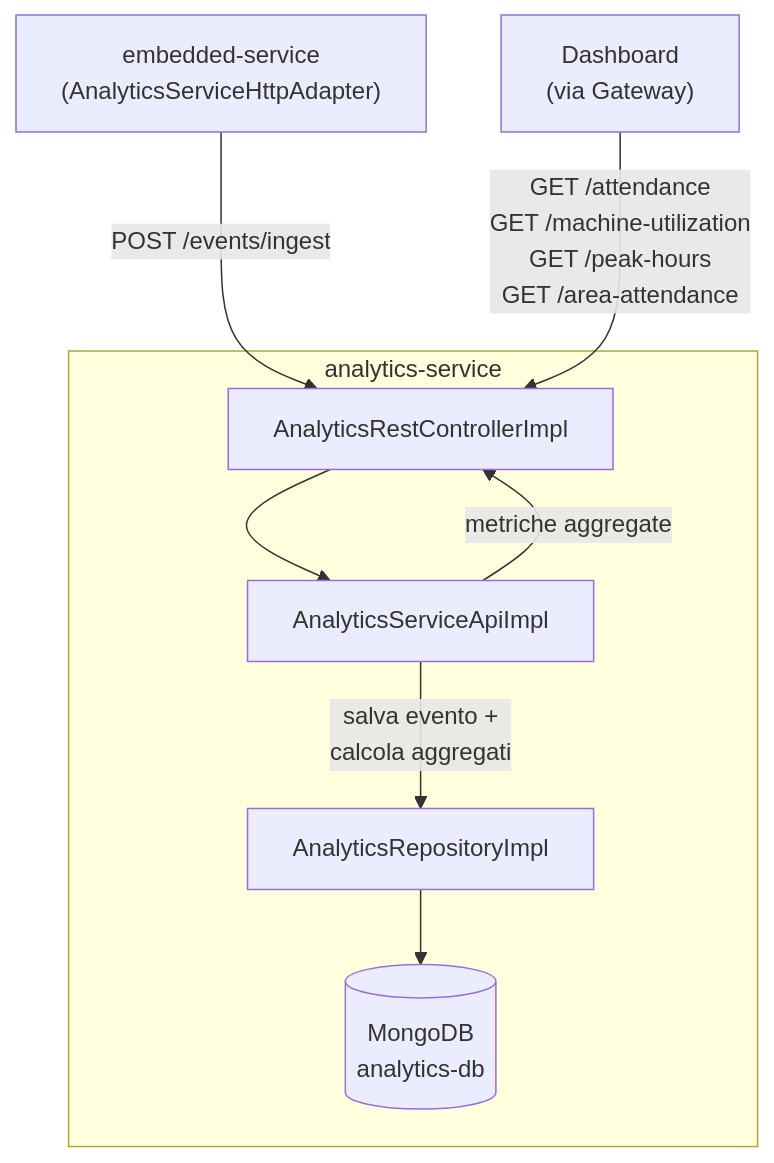
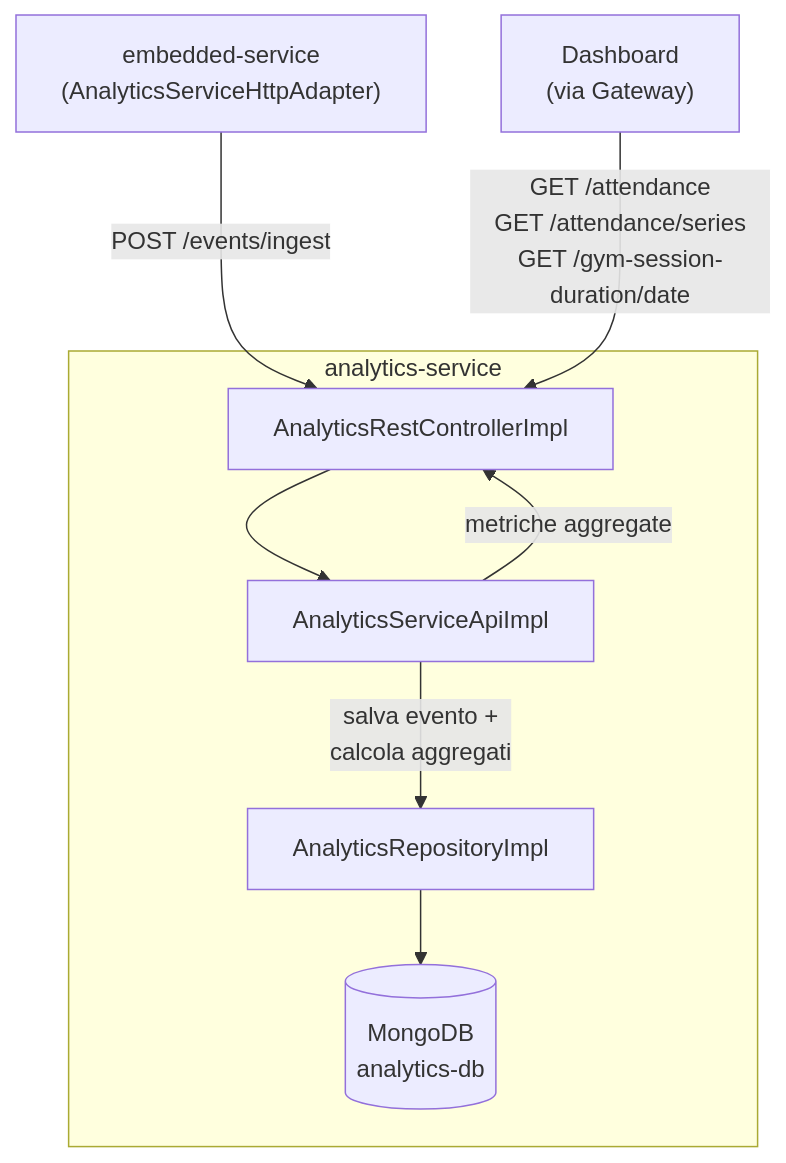
The eighth of 10 diagrams in docs/report/Implementation.md (piertv21/SmartGym-Monitor), drawn with Mermaid before and after one commit. The commit also changed other lines of this file and 1 other file, not shown here.

````diff
--- a/docs/report/Implementation.md
+++ b/docs/report/Implementation.md
@@ -235,13 +228,13 @@
 ```mermaid
 flowchart TD
     EMB["embedded-service\n(AnalyticsServiceHttpAdapter)"] -->|"POST /events/ingest"| CTRL["AnalyticsRestControllerImpl"]
 
     subgraph analytics-service
         CTRL --> API["AnalyticsServiceApiImpl"]
         API -->|"salva evento +\ncalcola aggregati"| REPO["AnalyticsRepositoryImpl"]
         REPO --> DB[(MongoDB\nanalytics-db)]
     end
 
-    DASH["Dashboard\n(via Gateway)"] -->|"GET /attendance\nGET /machine-utilization\nGET /peak-hours\nGET /area-attendance"| CTRL
+    DASH["Dashboard\n(via Gateway)"] -->|"GET /attendance\nGET /attendance/series\nGET /gym-session-duration/date"| CTRL
     API -->|"metriche aggregate"| CTRL
 ```
````
